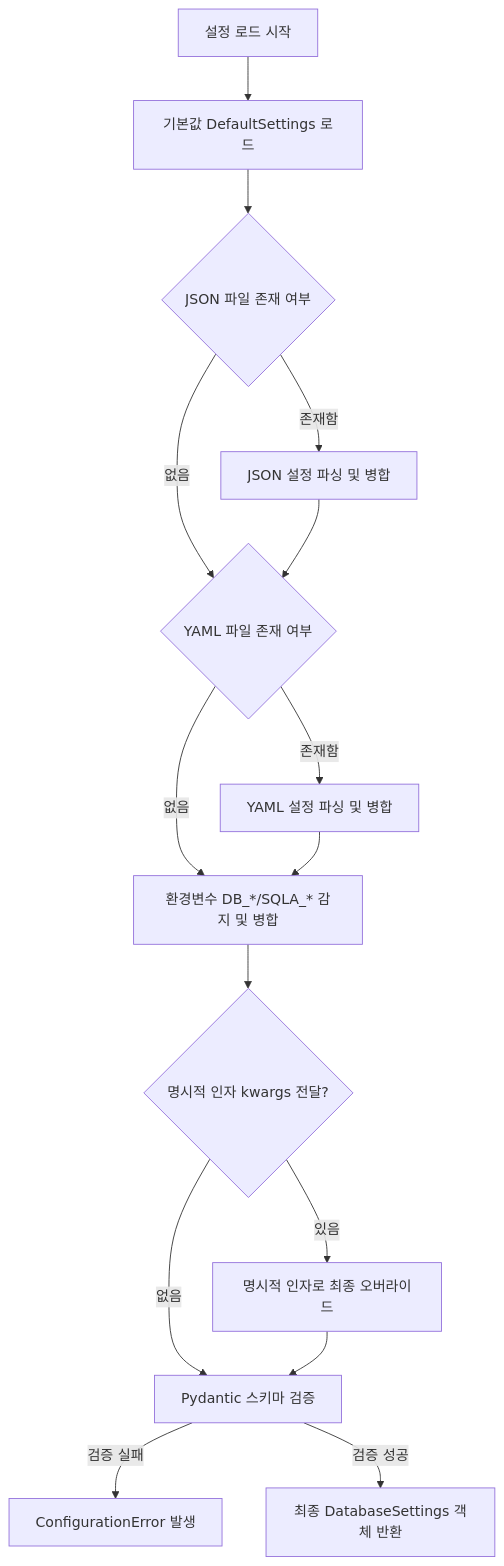
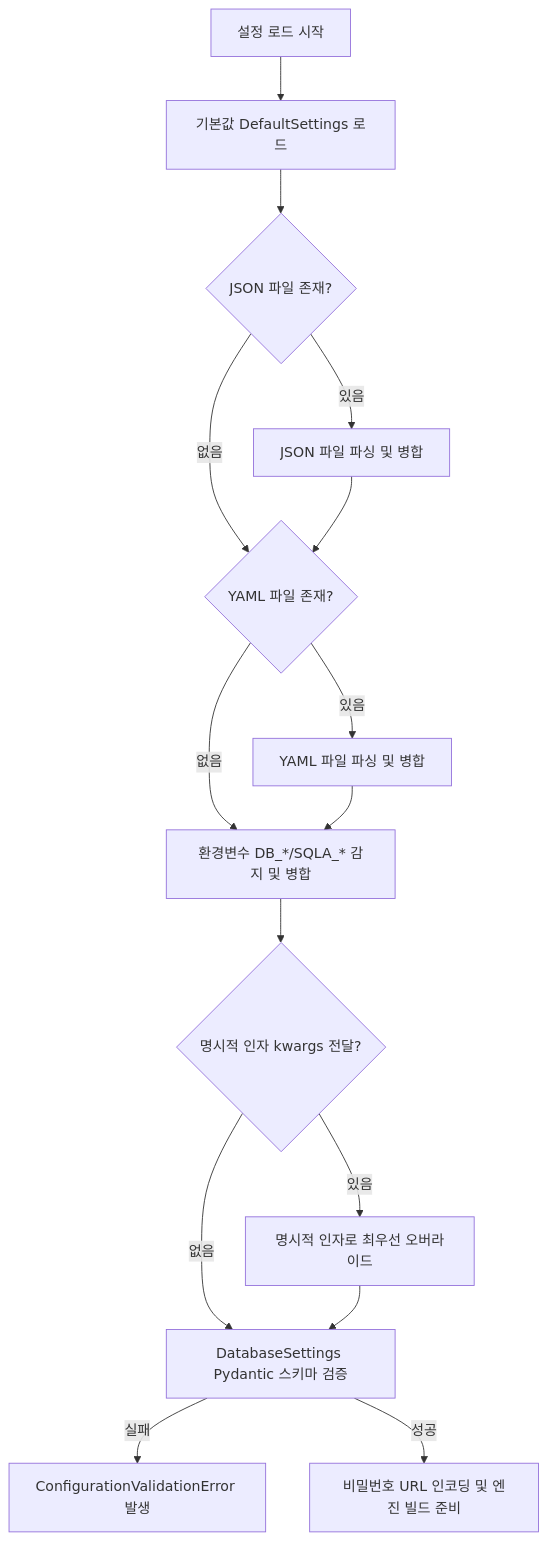
The first of 4 diagrams in docs/sqla-autoconfig/spec-writer/fsd/AUTOCONFIG_SPECIFICATION.md (ozplayground/python-package), drawn with Mermaid before and after one commit. The commit also changed other lines of this file and 53 other files, not shown here.

````diff
--- a/docs/sqla-autoconfig/spec-writer/fsd/AUTOCONFIG_SPECIFICATION.md
+++ b/docs/sqla-autoconfig/spec-writer/fsd/AUTOCONFIG_SPECIFICATION.md
@@ -36,17 +38,17 @@
 ```mermaid
 flowchart TD
     A[설정 로드 시작] --> B[기본값 DefaultSettings 로드]
-    B --> C{JSON 파일 존재 여부}
-    C -- 존재함 --> D[JSON 설정 파싱 및 병합]
-    C -- 없음 --> E{YAML 파일 존재 여부}
+    B --> C{JSON 파일 존재?}
+    C -- 있음 --> D[JSON 파일 파싱 및 병합]
+    C -- 없음 --> E{YAML 파일 존재?}
     D --> E
-    E -- 존재함 --> F[YAML 설정 파싱 및 병합]
+    E -- 있음 --> F[YAML 파일 파싱 및 병합]
     E -- 없음 --> G[환경변수 DB_*/SQLA_* 감지 및 병합]
     F --> G
     G --> H{명시적 인자 kwargs 전달?}
-    H -- 있음 --> I[명시적 인자로 최종 오버라이드]
-    H -- 없음 --> J[Pydantic 스키마 검증]
+    H -- 있음 --> I[명시적 인자로 최우선 오버라이드]
+    H -- 없음 --> J[DatabaseSettings Pydantic 스키마 검증]
     I --> J
-    J -- 검증 실패 --> K[ConfigurationError 발생]
-    J -- 검증 성공 --> L[최종 DatabaseSettings 객체 반환]
+    J -- 실패 --> K[ConfigurationValidationError 발생]
+    J -- 성공 --> L[비밀번호 URL 인코딩 및 엔진 빌드 준비]
 ```
````
